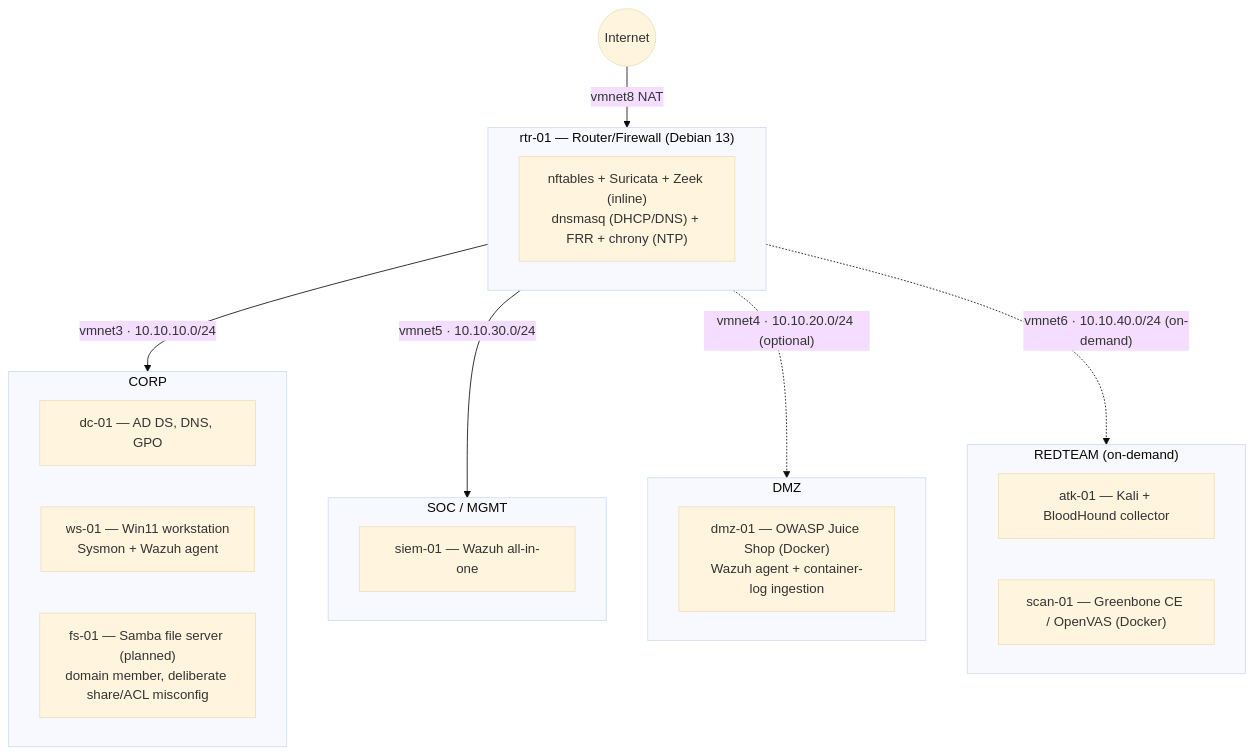
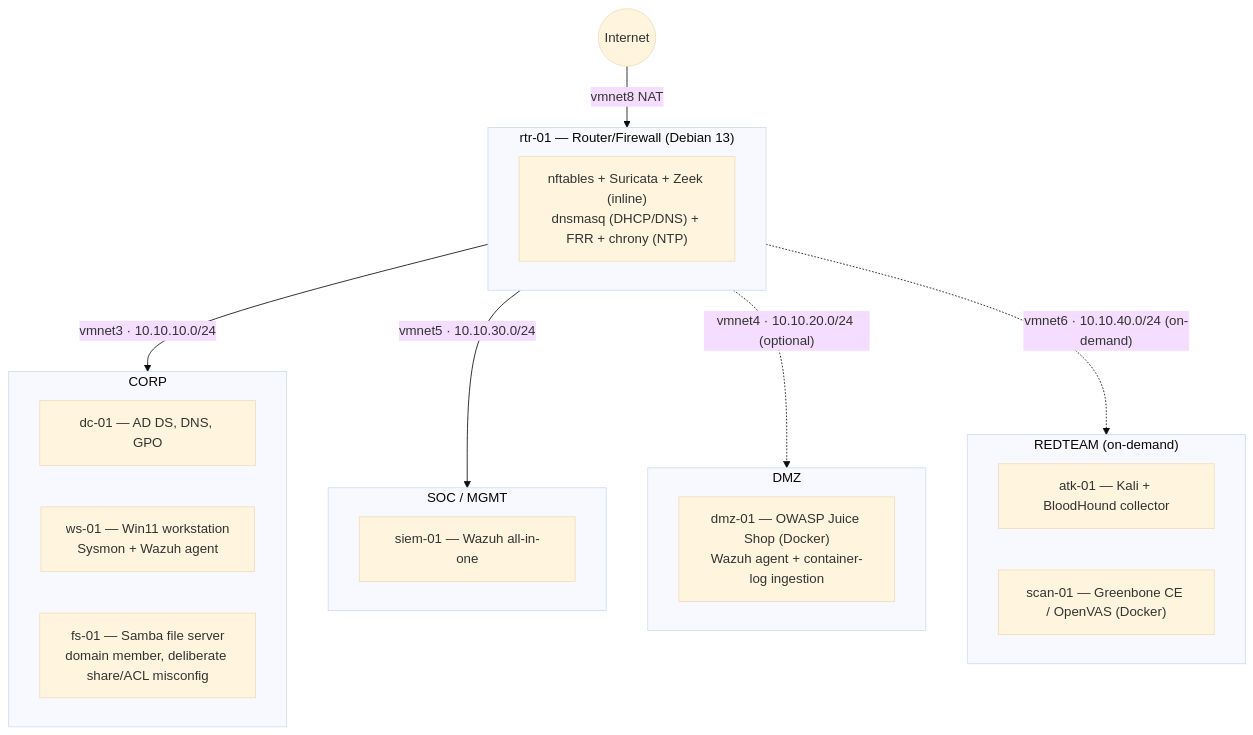
Before and after one commit to tohudgins/Homelab: the diagram in README.md, drawn with Mermaid (base theme). The commit also changed other lines of this file and 29 other files, not shown here.

````diff
--- a/README.md
+++ b/README.md
@@ -9,31 +14,31 @@
 ```mermaid
 flowchart TB
     WAN(("Internet")) -->|vmnet8 NAT| RTR
     subgraph RTR["rtr-01 — Router/Firewall (Debian 13)"]
         FW["nftables + Suricata + Zeek (inline)
 dnsmasq (DHCP/DNS) + FRR + chrony (NTP)"]
     end
     RTR -->|"vmnet3 · 10.10.10.0/24"| CORP
     RTR -->|"vmnet5 · 10.10.30.0/24"| SOC
     RTR -.->|"vmnet4 · 10.10.20.0/24 (optional)"| DMZ
     RTR -.->|"vmnet6 · 10.10.40.0/24 (on-demand)"| RED
 
     subgraph CORP["CORP"]
         DC["dc-01 — AD DS, DNS, GPO"]
         WS["ws-01 — Win11 workstation
 Sysmon + Wazuh agent"]
-        FS["fs-01 — Samba file server (planned)
+        FS["fs-01 — Samba file server
 domain member, deliberate share/ACL misconfig"]
     end
     subgraph SOC["SOC / MGMT"]
         SIEM["siem-01 — Wazuh all-in-one"]
     end
     subgraph DMZ["DMZ"]
         DMZH["dmz-01 — OWASP Juice Shop (Docker)
 Wazuh agent + container-log ingestion"]
     end
     subgraph RED["REDTEAM (on-demand)"]
         ATK["atk-01 — Kali + BloodHound collector"]
         SCAN["scan-01 — Greenbone CE / OpenVAS (Docker)"]
     end
 ```
````
